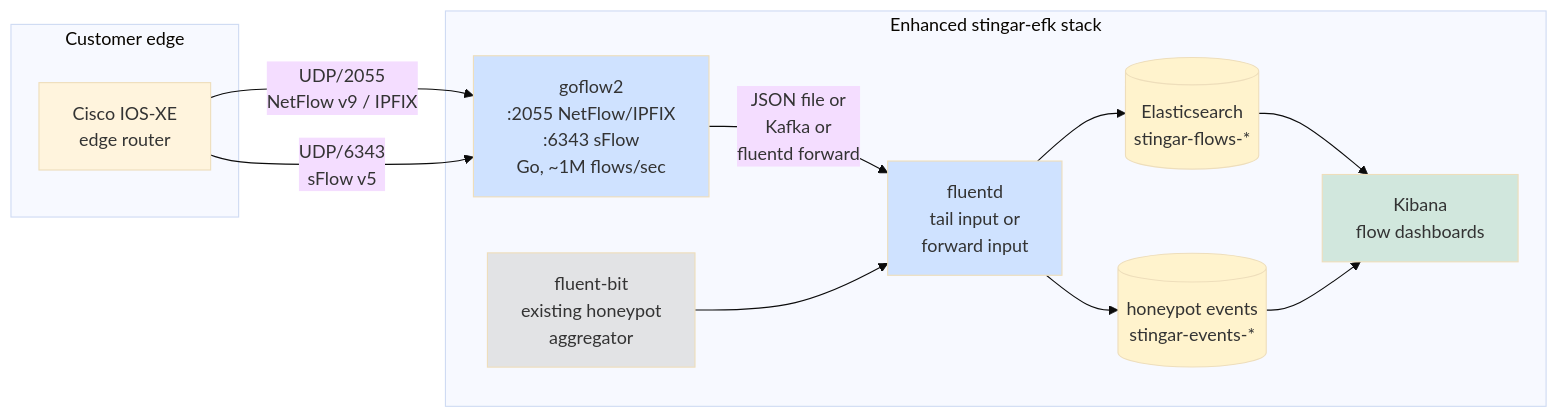
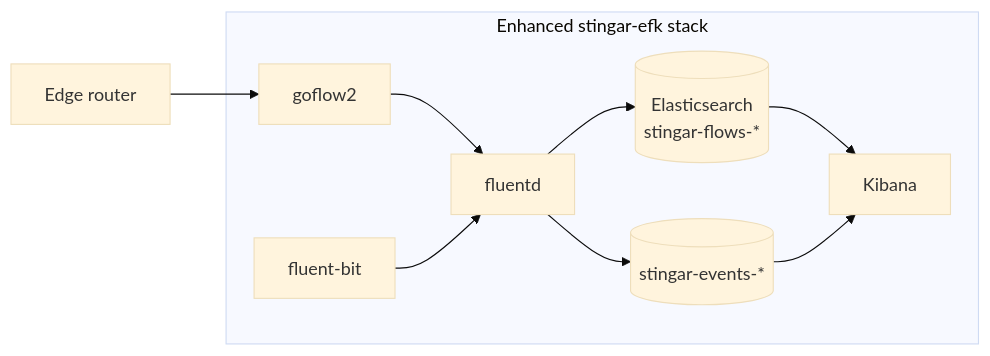
One commit to reese-pagtalunan/quality-of-blocking changed the second of 2 diagrams in docs/edge_router.md. Above: the diagram before and after it, drawn with Mermaid (base theme). The commit also changed other lines of this file and 1 other file, not shown here.

First line of the commit message:
Document STINGAR Redis flow path in edge_router Step 2b.

````diff
--- a/docs/edge_router.md
+++ b/docs/edge_router.md
@@ -15,31 +37,14 @@
 ```mermaid
 flowchart LR
-    subgraph "Customer edge"
-        R[Cisco IOS-XE<br/>edge router]
+    subgraph "Enhanced stingar-efk stack"
+        GF[goflow2]
+        FD[fluentd]
+        ES[(Elasticsearch<br/>stingar-flows-*)]
+        K[Kibana]
+        FB[fluent-bit]
+        H[(stingar-events-*)]
     end
-
-    subgraph "Enhanced stingar-efk stack"
-        GF[goflow2<br/>:2055 NetFlow/IPFIX<br/>:6343 sFlow<br/>Go, ~1M flows/sec]
-        FD[fluentd<br/>tail input or<br/>forward input]
-        ES[(Elasticsearch<br/>stingar-flows-*)]
-        K[Kibana<br/>flow dashboards]
-        FB[fluent-bit<br/>existing honeypot<br/>aggregator]
-        H[(honeypot events<br/>stingar-events-*)]
-    end
-
-    R -- "UDP/2055<br/>NetFlow v9 / IPFIX" --> GF
-    R -- "UDP/6343<br/>sFlow v5" --> GF
-    GF -- "JSON file or<br/>Kafka or<br/>fluentd forward" --> FD
-    FD --> ES
-    ES --> K
-    FB --> FD
-    FD --> H
-    H --> K
-
-    style GF fill:#cfe2ff
-    style FD fill:#cfe2ff
-    style ES fill:#fff3cd
-    style K fill:#d1e7dd
-    style FB fill:#e2e3e5
-    style H fill:#fff3cd
+    R[Edge router] --> GF
+    GF --> FD --> ES --> K
+    FB --> FD --> H --> K
 ```
````
